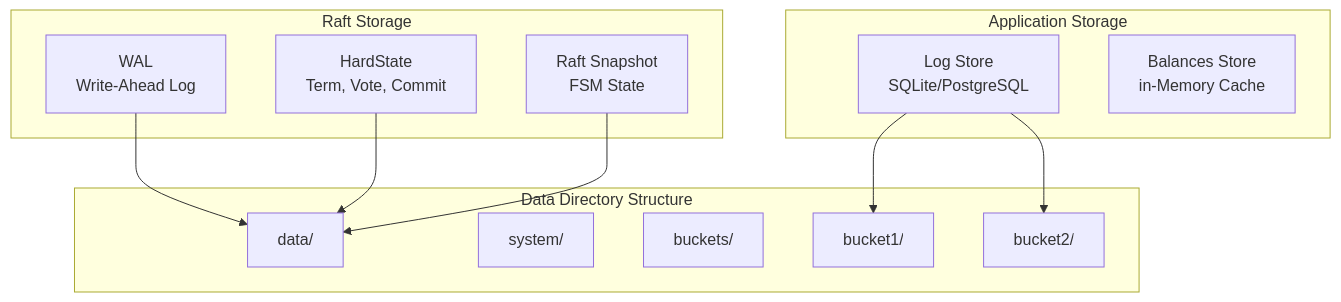
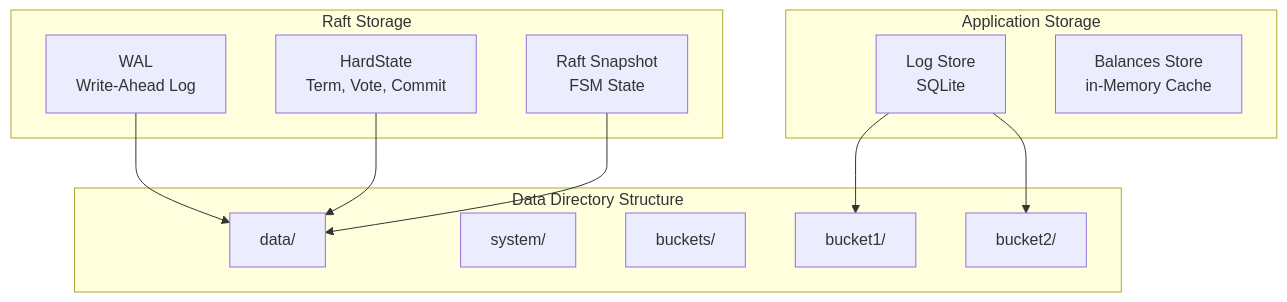
One commit to formancehq/ledger changed the diagram in docs/storage.md. Above: the diagram before and after it, drawn with Mermaid. The commit also changed other lines of this file and 34 other files, not shown here.

````diff
--- a/docs/storage.md
+++ b/docs/storage.md
@@ -14,27 +14,27 @@
 ```mermaid
 graph TB
     subgraph "Raft Storage"
         WAL[WAL<br/>Write-Ahead Log]
         HardState[HardState<br/>Term, Vote, Commit]
         Snapshot[Raft Snapshot<br/>FSM State]
     end
     
     subgraph "Application Storage"
-        logstore[Log Store<br/>SQLite/PostgreSQL]
+        logstore[Log Store<br/>SQLite]
         BalancesStore[Balances Store<br/>in-Memory Cache]
     end
     
     subgraph "Data Directory Structure"
         DataDir[data/]
         SystemDir[system/]
         bucketDir[buckets/]
         bucket1[bucket1/]
         bucket2[bucket2/]
     end
     
     WAL --> DataDir
     HardState --> DataDir
     Snapshot --> DataDir
     logstore --> bucket1
     logstore --> bucket2
 ```
````
